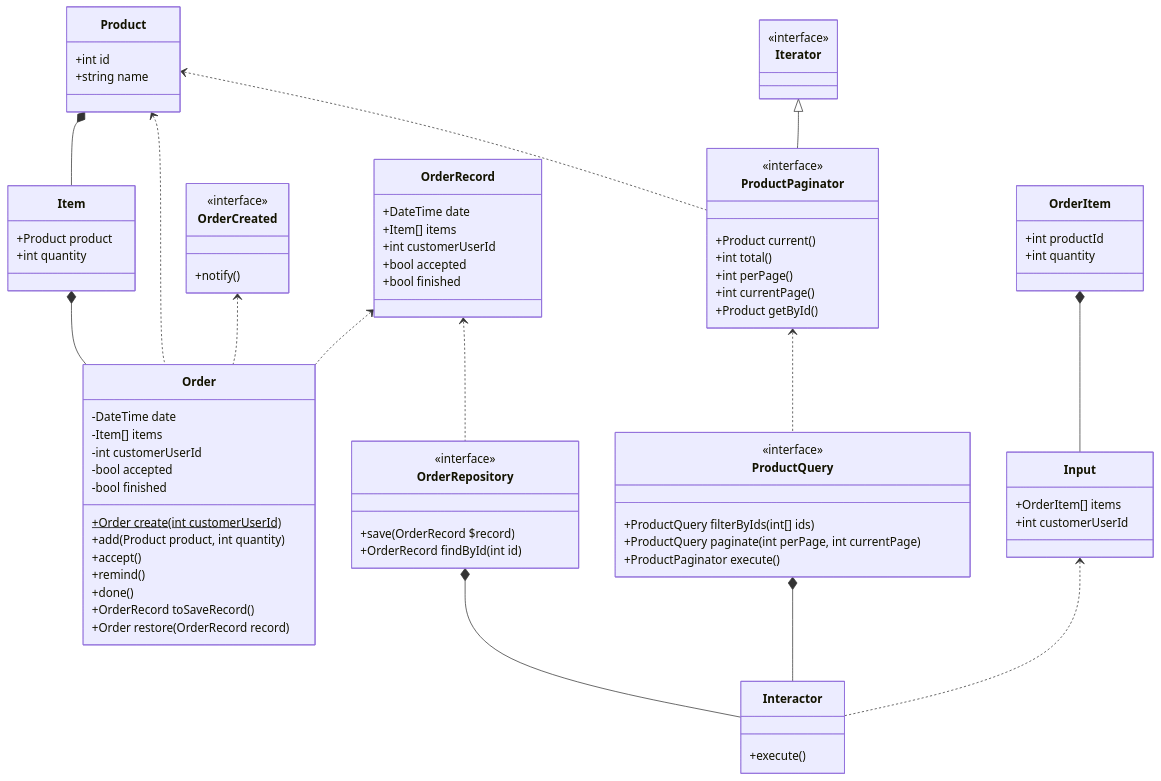
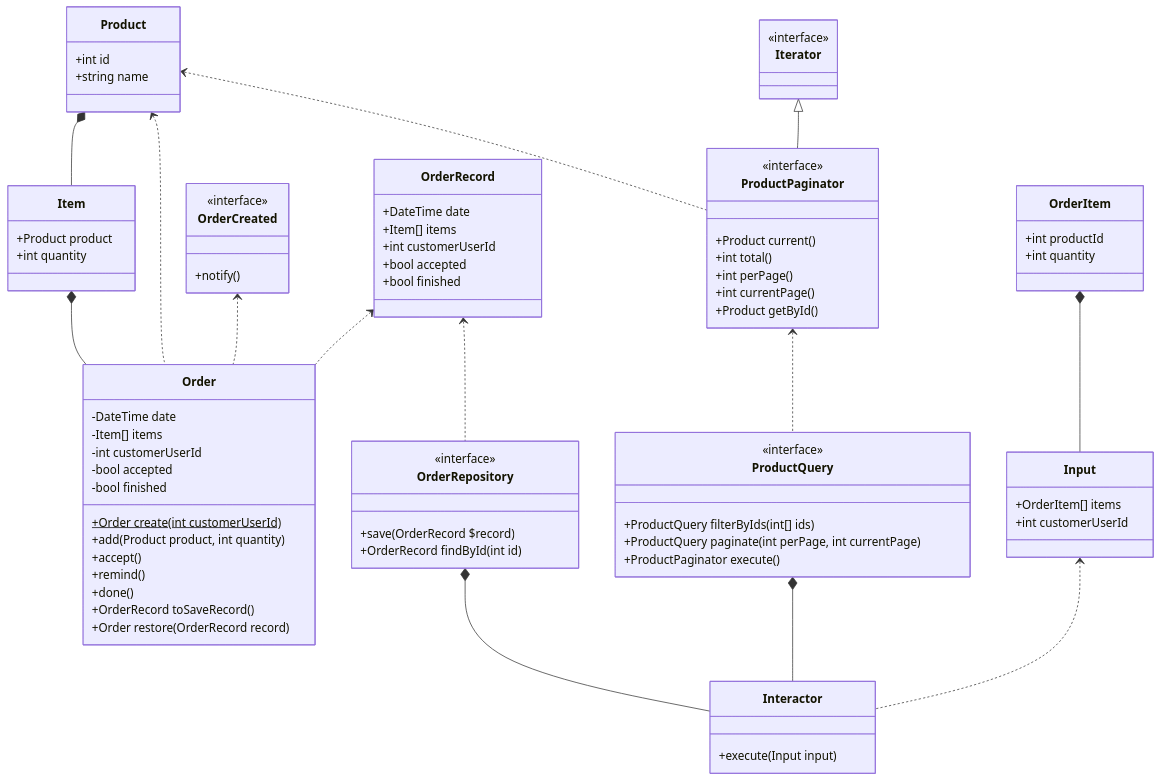
The diagram in README.md (youhei-ushio/nicoshop), drawn with Mermaid before and after one commit.

Commit message:
class diagram fix

```diff
--- a/README.md
+++ b/README.md
@@ -58,7 +58,7 @@
     Product <.. ProductPaginator
     Iterator <|-- ProductPaginator
     class Interactor{
-      +execute()
+      +execute(Input input)
     }
     class Input{
       +OrderItem[] items
```
